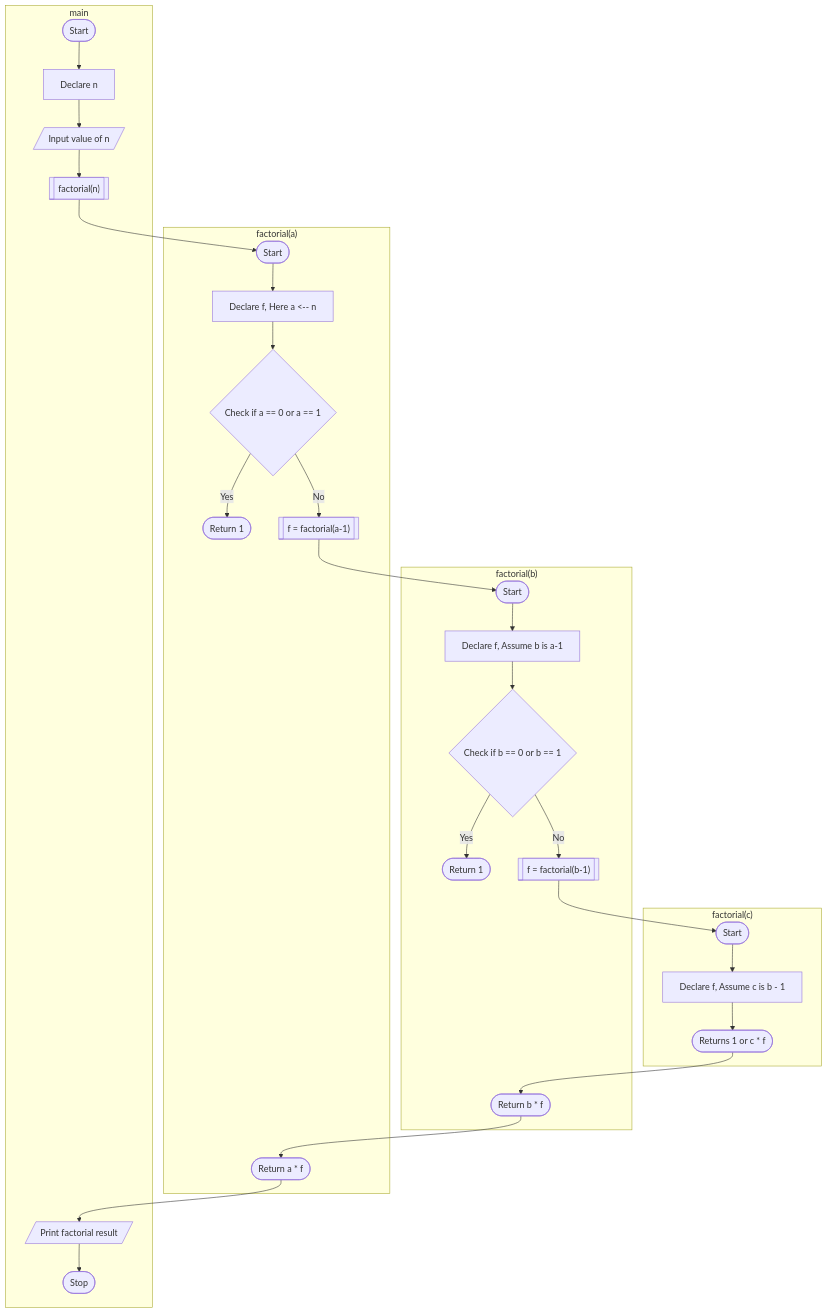
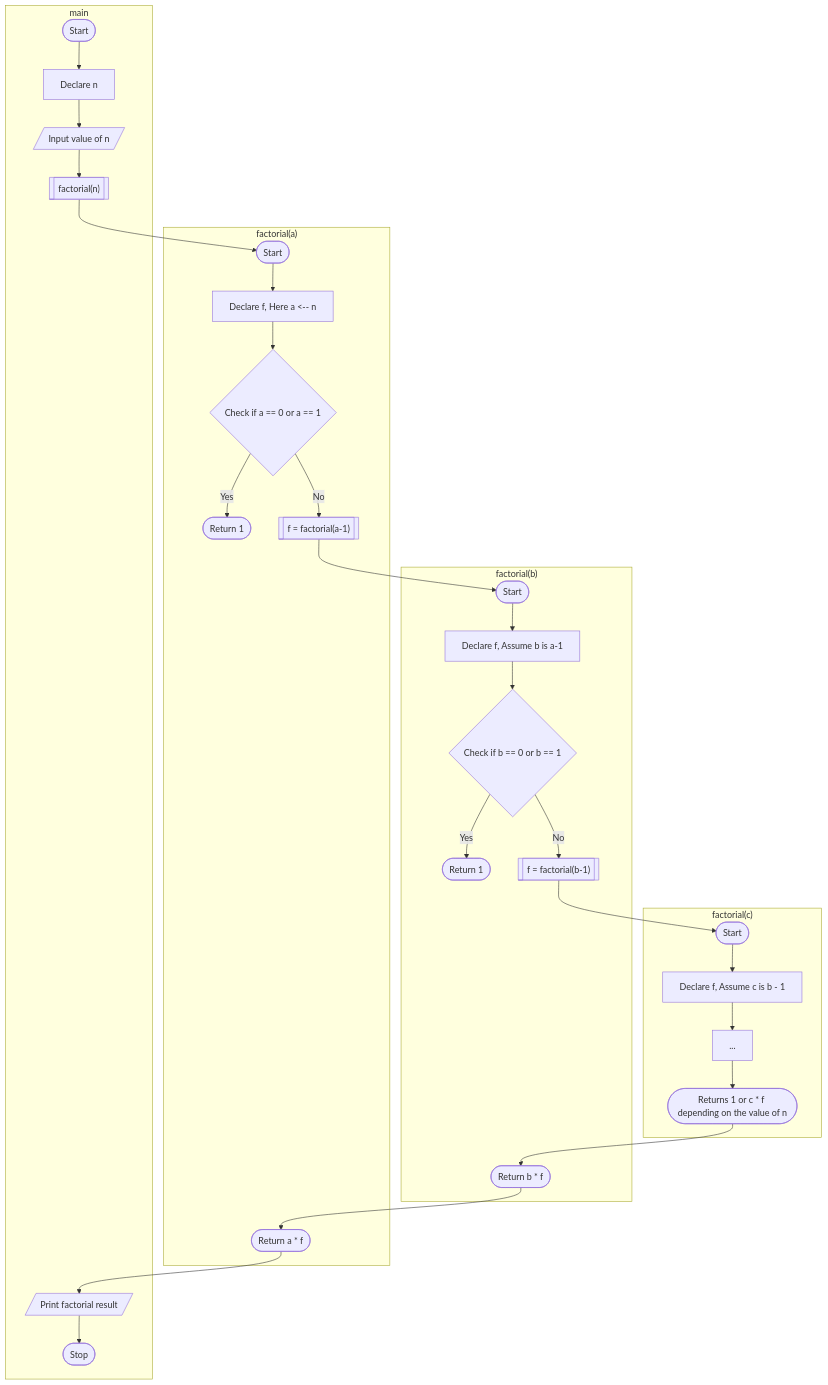
One commit to Vinit-source/Programming-for-problem-solving changed the second of 2 diagrams in PR/P8 - Recursion.md. Above: the diagram before and after it, drawn with Mermaid. The commit also changed other lines of this file, not shown here.

Commit message:
PR/P8 - Recursion.md updated from https://stackedit.io/

````diff
--- a/PR/P8 - Recursion.md
+++ b/PR/P8 - Recursion.md
@@ -47,35 +47,36 @@
 ```mermaid
 flowchart TD;
 subgraph ide3["factorial(c)"]
 	funcStart3([Start])
 	funcStart3 --> A3[Declare f, Assume c is b - 1];
-	A3 --> E3([Returns 1 or c * f]);
+	A3 --> B3[...]
+	B3 --> E3([Returns 1 or c * f depending on the value of n]);
 end
 subgraph ide2["factorial(b)"]
 	    funcStart2([Start])
         funcStart2 --> A2[Declare f, Assume b is a-1];
         A2 --> B2{"Check if b == 0 or b == 1"};
         B2 -- Yes --> C2([Return 1]);
         B2 -- No --> D2[["f = factorial(b-1)"]];
         D2 --> funcStart3;
         E3 --> E2([Return b * f]);
  end
  subgraph ide1["factorial(a)"]
 		funcStart([Start]);
         funcStart --> A1[Declare f, Here a <-- n];
         A1 --> B1{Check if a == 0 or a == 1};
         B1 -- Yes --> C1([Return 1]);
         B1 -- No --> D1[["f = factorial(a-1)"]];
         D1 --> funcStart2
         E2 --> E1([Return a * f]);
 
     end
 subgraph main
 	Start([Start]) --> B[Declare n];
     B --> C[/Input value of n/];
     C --> D[["factorial(n)"]]
     D --> funcStart
     E1 -->  E[/Print factorial result/];
     E --> F([Stop]);
    end
 ```
````
